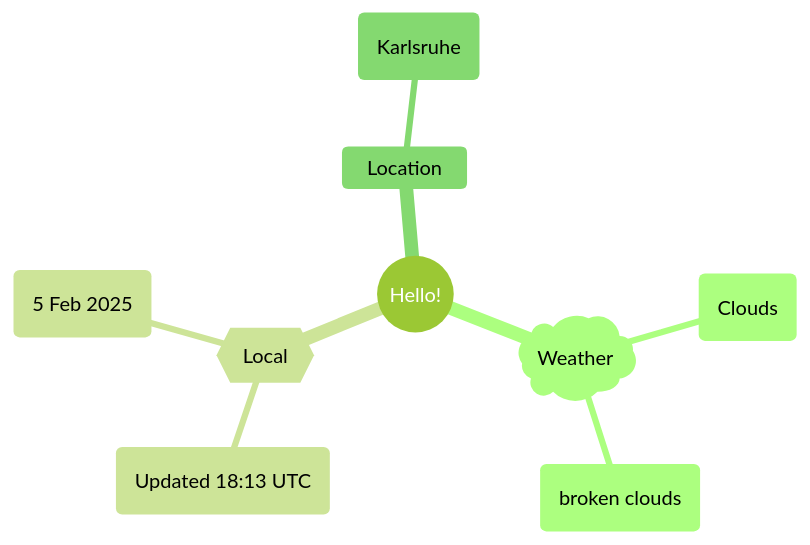
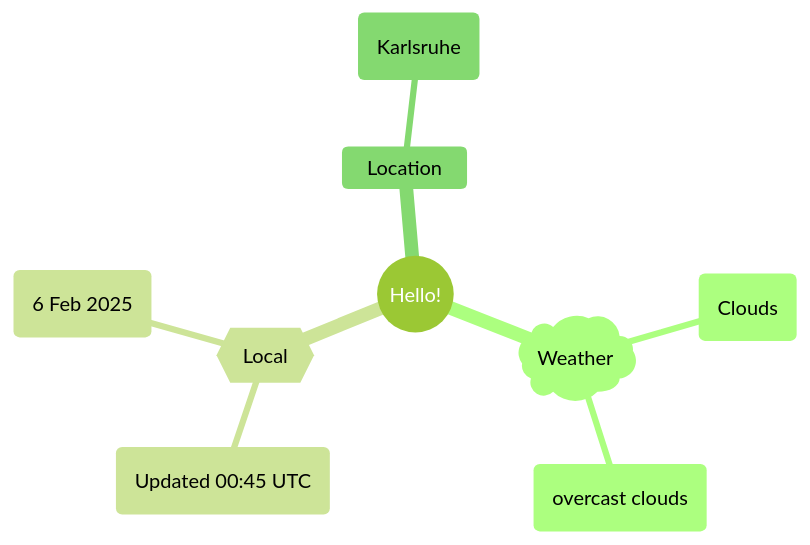
One commit to Xosrov/Xosrov changed the first of 2 diagrams in README.md. Above: the diagram before and after it, drawn with Mermaid (forest theme).

Commit message:
[bot] updated images

````diff
--- a/README.md
+++ b/README.md
@@ -3,12 +3,12 @@
 ```mermaid
 mindmap
   root((Hello!))
     )Weather(
         (Clouds)
-        (broken clouds)
+        (overcast clouds)
     {{Local}}
-        (Updated 18:13 UTC)
-        (5 Feb 2025)
+        (Updated 00:45 UTC)
+        (6 Feb 2025)
     Location
         (Karlsruhe)
 ```
````
